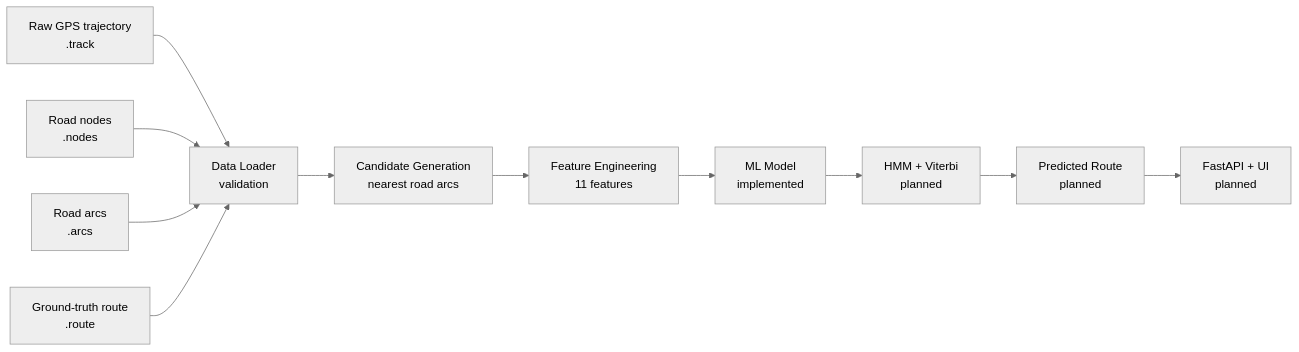
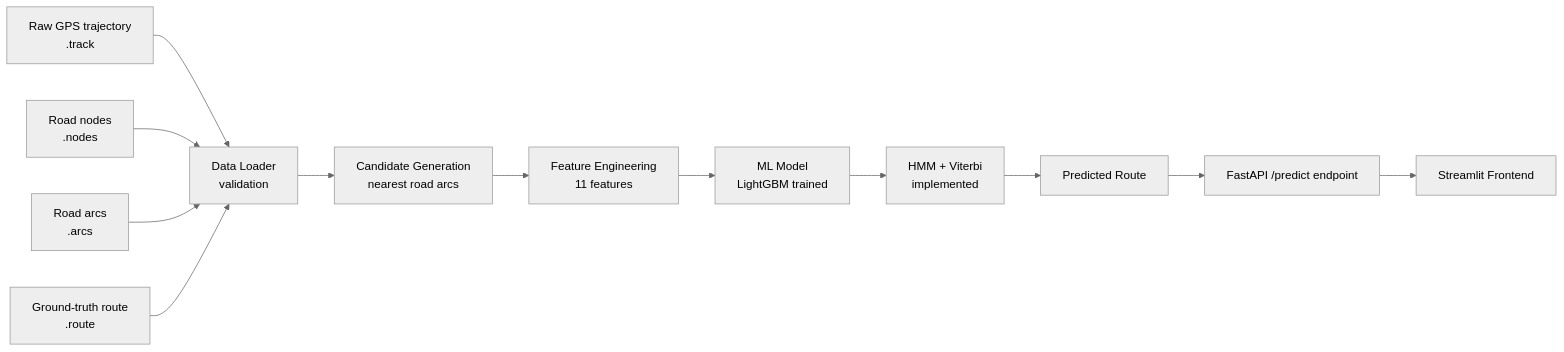
Before and after one commit to LemonizDev/pathsnap-mapmatch: the diagram in context/planning/progress report.md, drawn with Mermaid (neutral theme). The commit also changed other lines of this file and 6 other files, not shown here.

````diff
--- a/context/planning/progress report.md
+++ b/context/planning/progress report.md
@@ -615,14 +41,15 @@
 ```mermaid
 flowchart LR
     A[Raw GPS trajectory<br/>.track] --> B[Data Loader<br/>validation]
     N[Road nodes<br/>.nodes] --> B
     R[Road arcs<br/>.arcs] --> B
     G[Ground-truth route<br/>.route] --> B
 
     B --> C[Candidate Generation<br/>nearest road arcs]
     C --> D[Feature Engineering<br/>11 features]
-    D --> E[ML Model<br/>implemented]
-    E --> F[HMM + Viterbi<br/>planned]
-    F --> H[Predicted Route<br/>planned]
-    H --> I[FastAPI + UI<br/>planned]
+    D --> E[ML Model<br/>LightGBM trained]
+    E --> F[HMM + Viterbi<br/>implemented]
+    F --> H[Predicted Route]
+    H --> I[FastAPI /predict endpoint]
+    I --> J[Streamlit Frontend]
 ```
````
